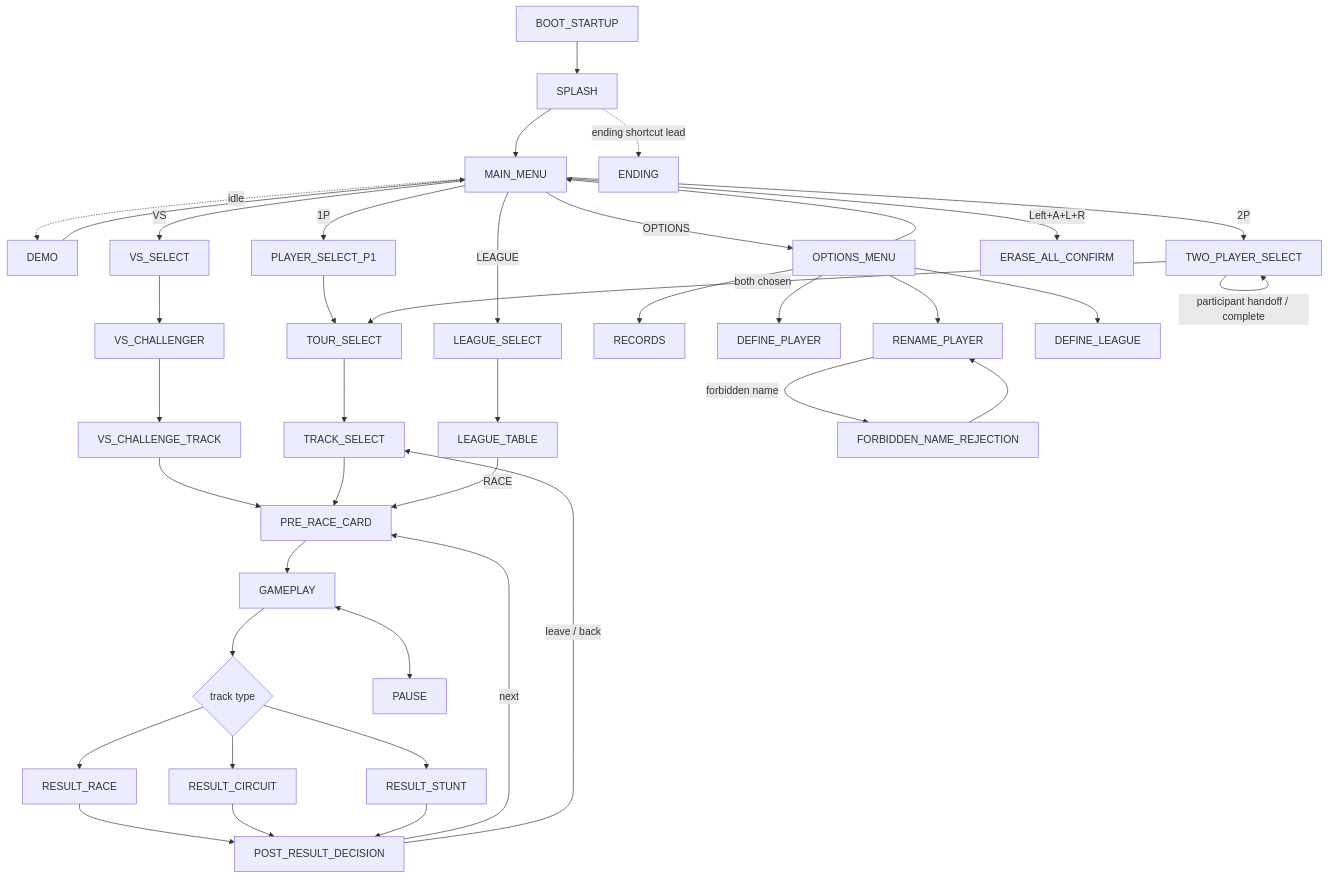
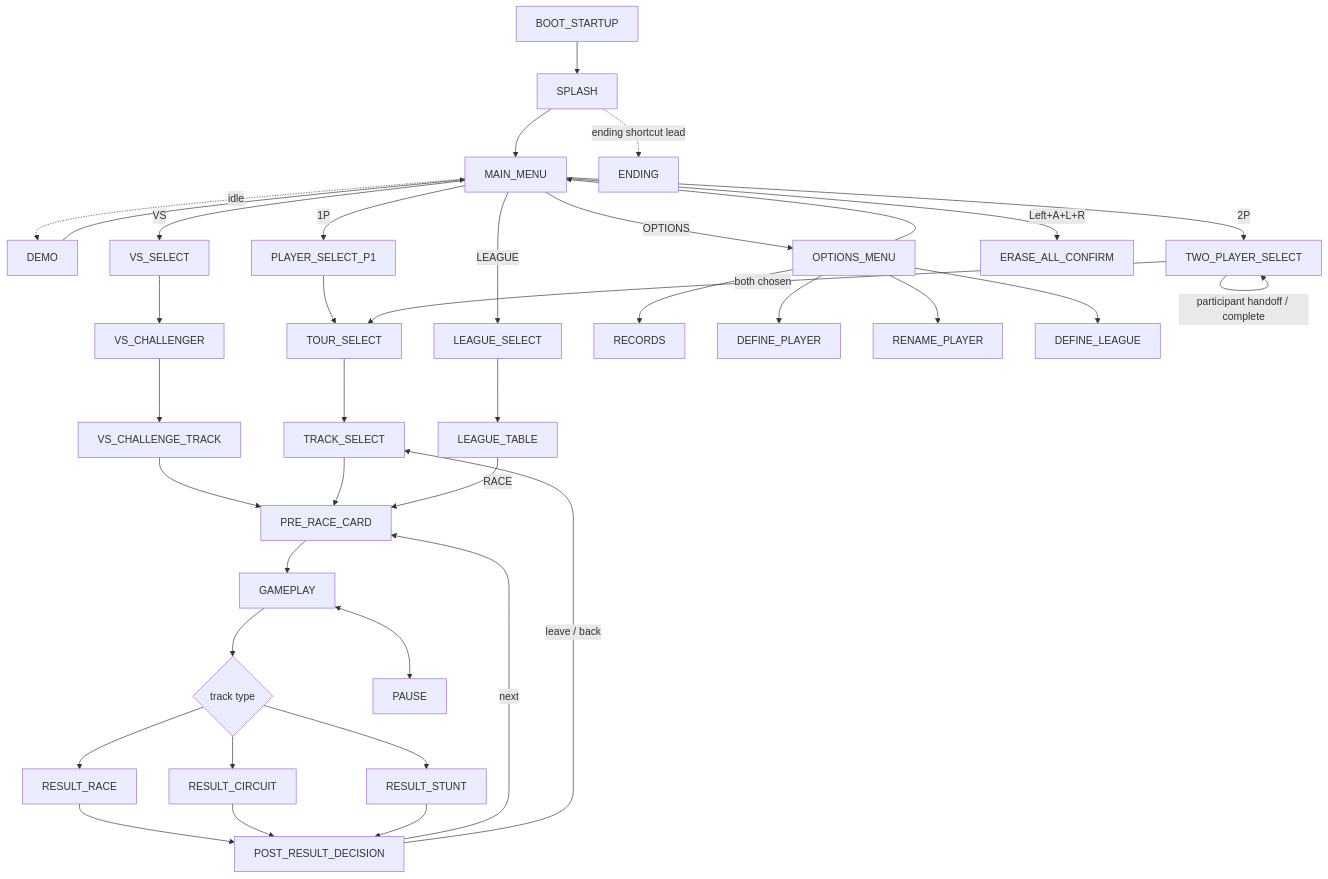
The diagram in docs/UI-STATE-MAP.md (gamesbyian/UR-Recomp), drawn with Mermaid before and after one commit. The commit also changed other lines of this file, not shown here.

Commit message:
docs: drop forbidden-name system from modern frontend

````diff
--- a/docs/UI-STATE-MAP.md
+++ b/docs/UI-STATE-MAP.md
@@ -73,49 +75,47 @@
 ```mermaid
 flowchart TD
     BOOT[BOOT_STARTUP] --> SPLASH[SPLASH]
     SPLASH --> MM[MAIN_MENU]
     SPLASH -. ending shortcut lead .-> END[ENDING]
     MM -. idle .-> DEMO[DEMO]
     DEMO --> MM
 
     MM -->|1P| P1[PLAYER_SELECT_P1]
     MM -->|2P| P2[TWO_PLAYER_SELECT]
     MM -->|VS| VS[VS_SELECT]
     MM -->|LEAGUE| LS[LEAGUE_SELECT]
     MM -->|OPTIONS| OPT[OPTIONS_MENU]
     MM -->|Left+A+L+R| ERASE[ERASE_ALL_CONFIRM]
 
     P1 --> TOUR[TOUR_SELECT]
     P2 -->|participant handoff / complete| P2
     P2 -->|both chosen| TOUR
     VS --> VC[VS_CHALLENGER]
     VC --> VCT[VS_CHALLENGE_TRACK]
     VCT --> PRE[PRE_RACE_CARD]
 
     TOUR --> TRACK[TRACK_SELECT]
     TRACK --> PRE
     PRE --> GAME[GAMEPLAY]
 
     GAME --> RBR{track type}
     RBR --> RR[RESULT_RACE]
     RBR --> RC[RESULT_CIRCUIT]
     RBR --> RS[RESULT_STUNT]
     RR --> POST[POST_RESULT_DECISION]
     RC --> POST
     RS --> POST
     POST -->|next| PRE
     POST -->|leave / back| TRACK
 
     GAME <--> PAUSE[PAUSE]
 
     LS --> LT[LEAGUE_TABLE]
     LT -->|RACE| PRE
 
     OPT --> REC[RECORDS]
     OPT --> DP[DEFINE_PLAYER]
     OPT --> RP[RENAME_PLAYER]
-    RP -->|forbidden name| BADNAME[FORBIDDEN_NAME_REJECTION]
-    BADNAME --> RP
     OPT --> DL[DEFINE_LEAGUE]
     OPT --> MM
 ```
````
